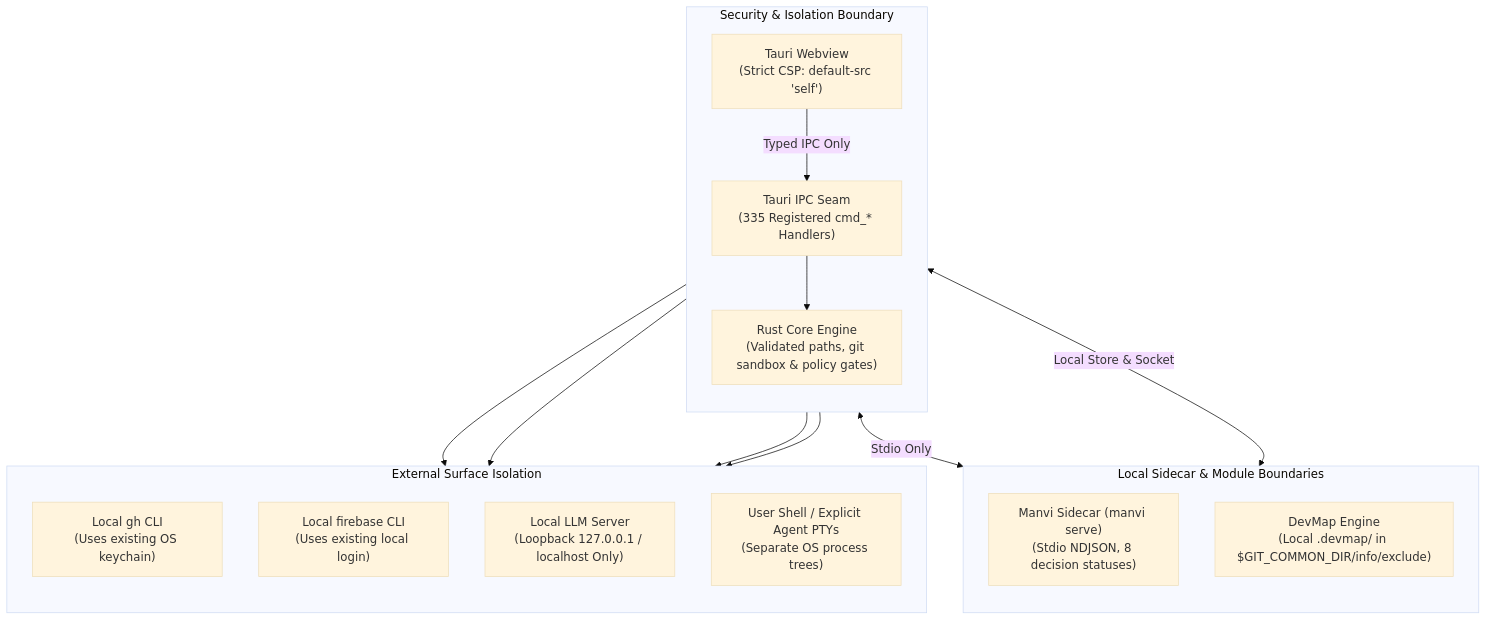
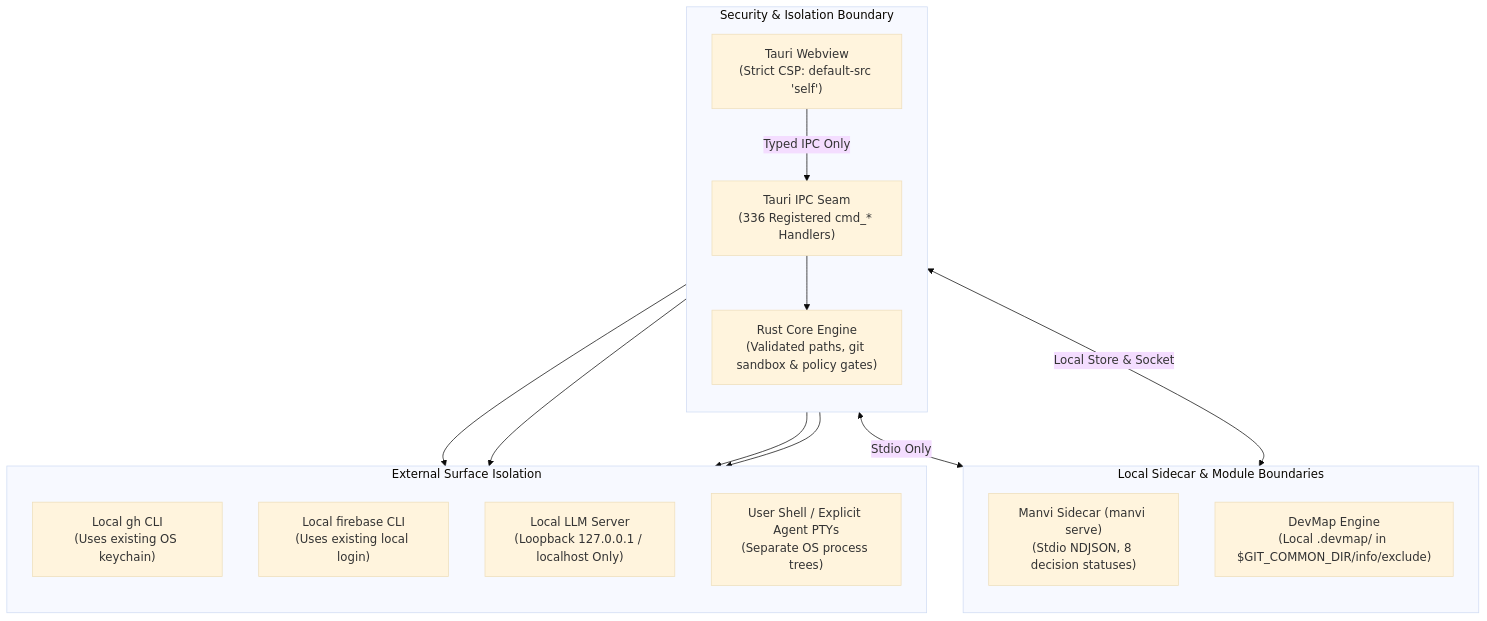
The diagram in docs/SECURITY.md (bharathvbcr/GitPulse), drawn with Mermaid (base theme) before and after one commit. The commit also changed 16 other files, not shown here.

````diff
--- a/docs/SECURITY.md
+++ b/docs/SECURITY.md
@@ -12,33 +12,33 @@
 ```mermaid
 flowchart TD
     subgraph Boundary["Security & Isolation Boundary"]
         direction TB
         Webview["Tauri Webview<br/>(Strict CSP: default-src 'self')"]
-        IPCBoundary["Tauri IPC Seam<br/>(335 Registered cmd_* Handlers)"]
+        IPCBoundary["Tauri IPC Seam<br/>(336 Registered cmd_* Handlers)"]
         LocalEngine["Rust Core Engine<br/>(Validated paths, git sandbox & policy gates)"]
         
         Webview -->|Typed IPC Only| IPCBoundary
         IPCBoundary --> LocalEngine
     end
 
     subgraph SidecarIsolation["Local Sidecar & Module Boundaries"]
         direction TB
         ManviSidecar["Manvi Sidecar (manvi serve)<br/>(Stdio NDJSON, 8 decision statuses)"]
         DevMapGate["DevMap Engine<br/>(Local .devmap/ in $GIT_COMMON_DIR/info/exclude)"]
     end
 
     subgraph ExternalSurfaces["External Surface Isolation"]
         direction TB
         LocalGH["Local gh CLI<br/>(Uses existing OS keychain)"]
         LocalFB["Local firebase CLI<br/>(Uses existing local login)"]
         LocalAI["Local LLM Server<br/>(Loopback 127.0.0.1 / localhost Only)"]
         PTY["User Shell / Explicit Agent PTYs<br/>(Separate OS process trees)"]
     end
 
     LocalEngine <-->|Stdio Only| ManviSidecar
     LocalEngine <-->|Local Store & Socket| DevMapGate
     LocalEngine --> LocalGH
     LocalEngine --> LocalFB
     LocalEngine --> LocalAI
     LocalEngine --> PTY
 ```
````
